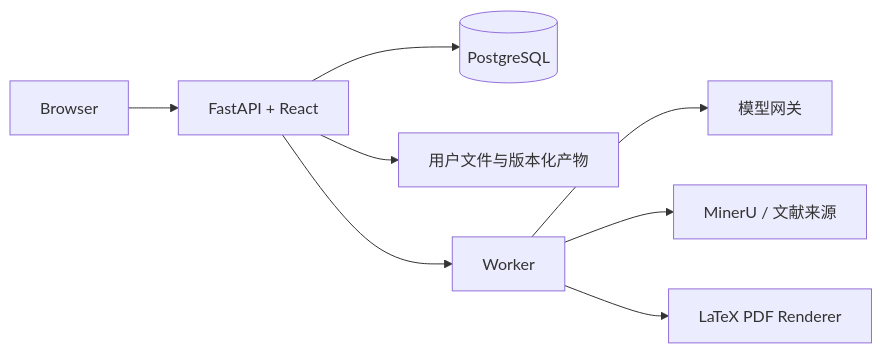
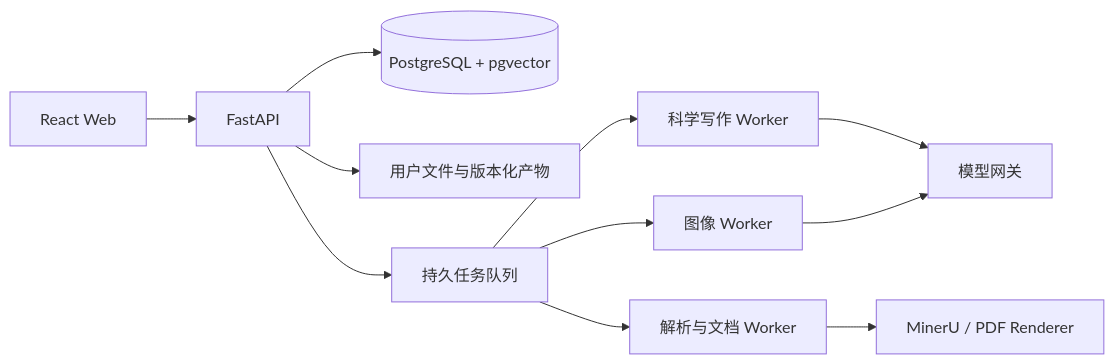
One commit to XuehaiWang/review-writer changed the diagram in README.md. Above: the diagram before and after it, drawn with Mermaid. The commit also changed other lines of this file, not shown here.

````diff
--- a/README.md
+++ b/README.md
@@ -33,10 +32,13 @@
 ```mermaid
 flowchart LR
-    U[Browser] --> A[FastAPI + React]
-    A --> D[(PostgreSQL)]
-    A --> F[用户文件与版本化产物]
-    A --> W[Worker]
-    W --> G[模型网关]
-    W --> M[MinerU / 文献来源]
-    W --> P[LaTeX PDF Renderer]
+    B[React Web] --> A[FastAPI]
+    A --> DB[(PostgreSQL + pgvector)]
+    A --> FS[用户文件与版本化产物]
+    A --> Q[持久任务队列]
+    Q --> SW[科学写作 Worker]
+    Q --> DW[解析与文档 Worker]
+    Q --> IW[图像 Worker]
+    SW --> G[模型网关]
+    DW --> M[MinerU / PDF Renderer]
+    IW --> G
 ```
````
